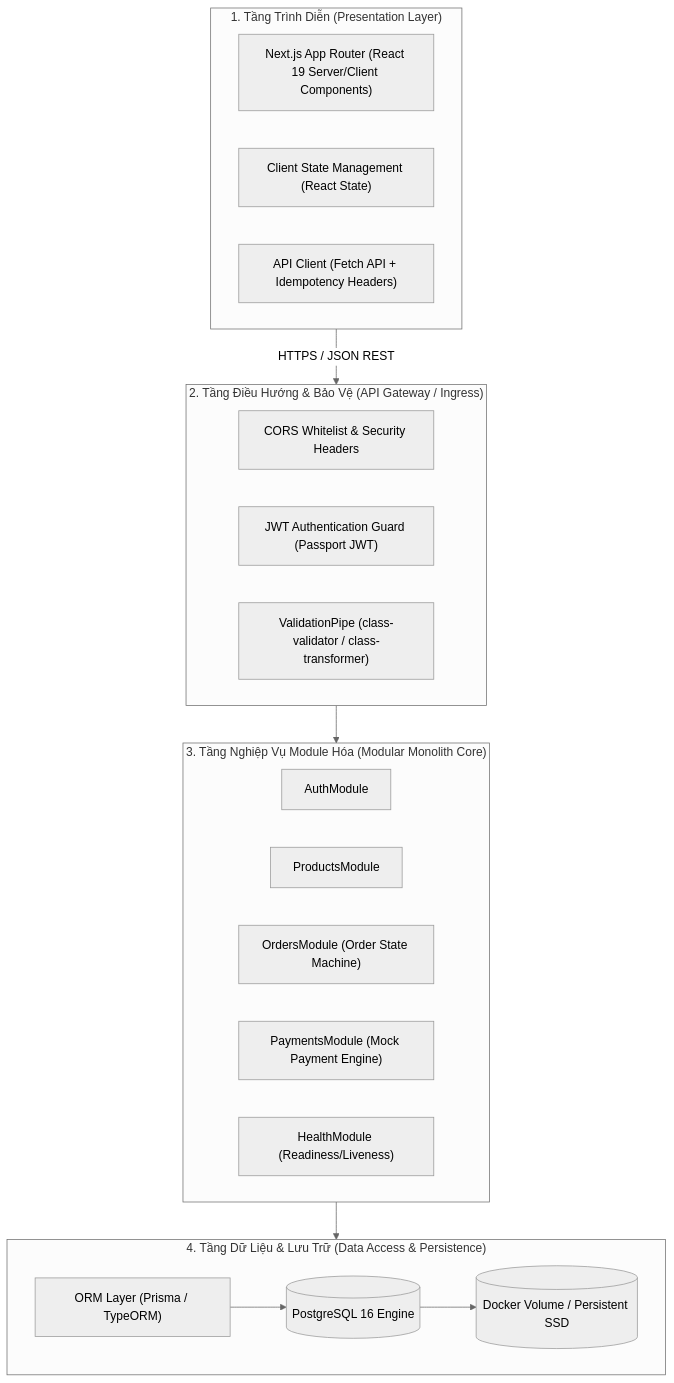
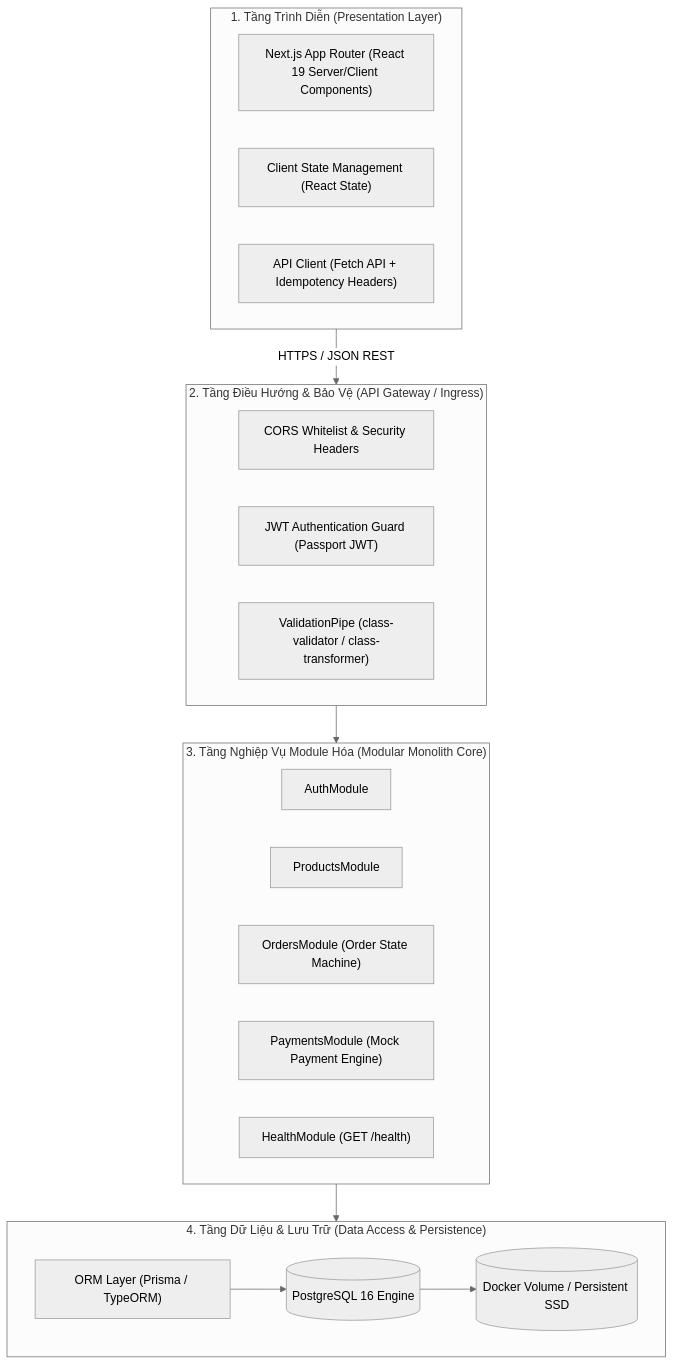
The diagram in docs/architecture/README.md (vohuunghiaah/brewlite), drawn with Mermaid (neutral theme) before and after one commit. The commit also changed other lines of this file and 1 other file, not shown here.

Commit message:
docs(task3): harmonize health check contract across SRS, ADR-004, and feature code

````diff
--- a/docs/architecture/README.md
+++ b/docs/architecture/README.md
@@ -62,34 +62,34 @@
 ```mermaid
 flowchart TD
     subgraph PresentationLayer ["1. Tầng Trình Diễn (Presentation Layer)"]
         UI["Next.js App Router (React 19 Server/Client Components)"]
         State["Client State Management (React State)"]
         HTTPClient["API Client (Fetch API + Idempotency Headers)"]
     end
 
     subgraph APIGatewayLayer ["2. Tầng Điều Hướng & Bảo Vệ (API Gateway / Ingress)"]
         CORS["CORS Whitelist & Security Headers"]
         AuthGuard["JWT Authentication Guard (Passport JWT)"]
         Validation["ValidationPipe (class-validator / class-transformer)"]
     end
 
     subgraph BusinessLogicLayer ["3. Tầng Nghiệp Vụ Module Hóa (Modular Monolith Core)"]
         AuthMod["AuthModule"]
         ProdMod["ProductsModule"]
         OrderMod["OrdersModule (Order State Machine)"]
         PayMod["PaymentsModule (Mock Payment Engine)"]
-        HealthMod["HealthModule (Readiness/Liveness)"]
+        HealthMod["HealthModule (GET /health)"]
     end
 
     subgraph DataAccessLayer ["4. Tầng Dữ Liệu & Lưu Trữ (Data Access & Persistence)"]
         ORM["ORM Layer (Prisma / TypeORM)"]
         DB[(PostgreSQL 16 Engine)]
         Storage[("Docker Volume / Persistent SSD")]
     end
 
     PresentationLayer -->|HTTPS / JSON REST| APIGatewayLayer
     APIGatewayLayer --> BusinessLogicLayer
     BusinessLogicLayer --> DataAccessLayer
     ORM --> DB
     DB --> Storage
 ```
````
